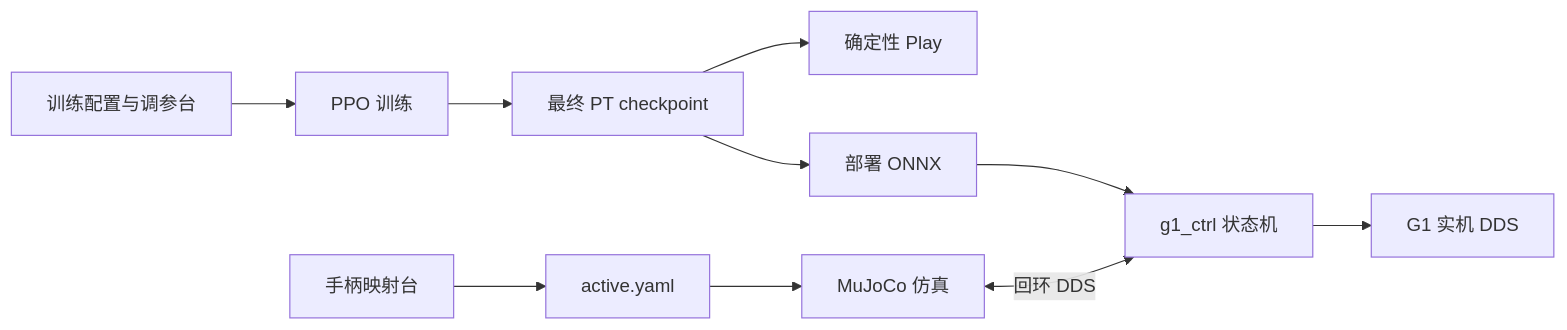
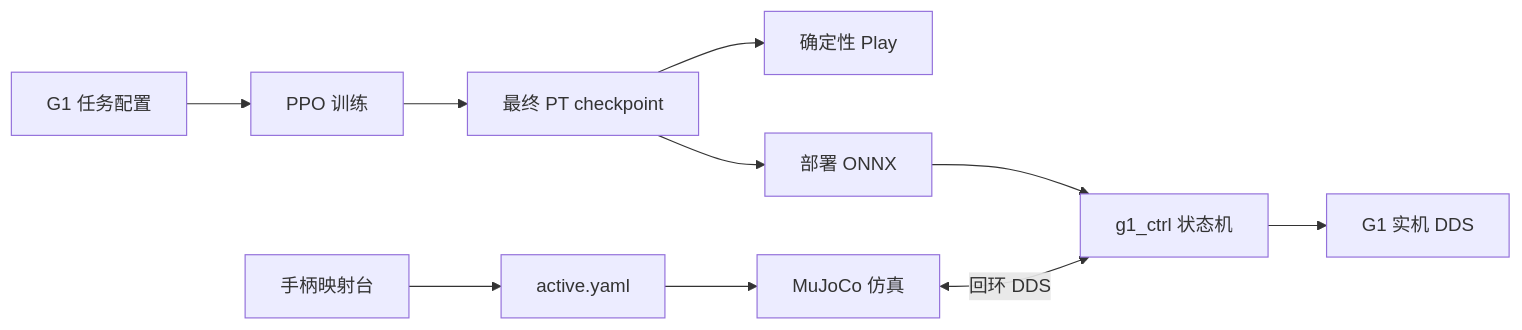
Before and after one commit to Jme1789/g1_commanded_locomotion_mjlab: the diagram in README_zh.md, drawn with Mermaid. The commit also changed other lines of this file and 14 other files, not shown here.

````diff
--- a/README_zh.md
+++ b/README_zh.md
@@ -32,12 +32,12 @@
 ```mermaid
 flowchart LR
-  CFG[训练配置与调参台] --> TRAIN[PPO 训练]
+  CFG[G1 任务配置] --> TRAIN[PPO 训练]
   TRAIN --> PT[最终 PT checkpoint]
   PT --> PLAY[确定性 Play]
   PT --> ONNX[部署 ONNX]
   PAD[手柄映射台] --> PROFILE[active.yaml]
   PROFILE --> SIM[MuJoCo 仿真]
   ONNX --> CTRL[g1_ctrl 状态机]
   SIM <-->|回环 DDS| CTRL
   CTRL --> ROBOT[G1 实机 DDS]
 ```
````
